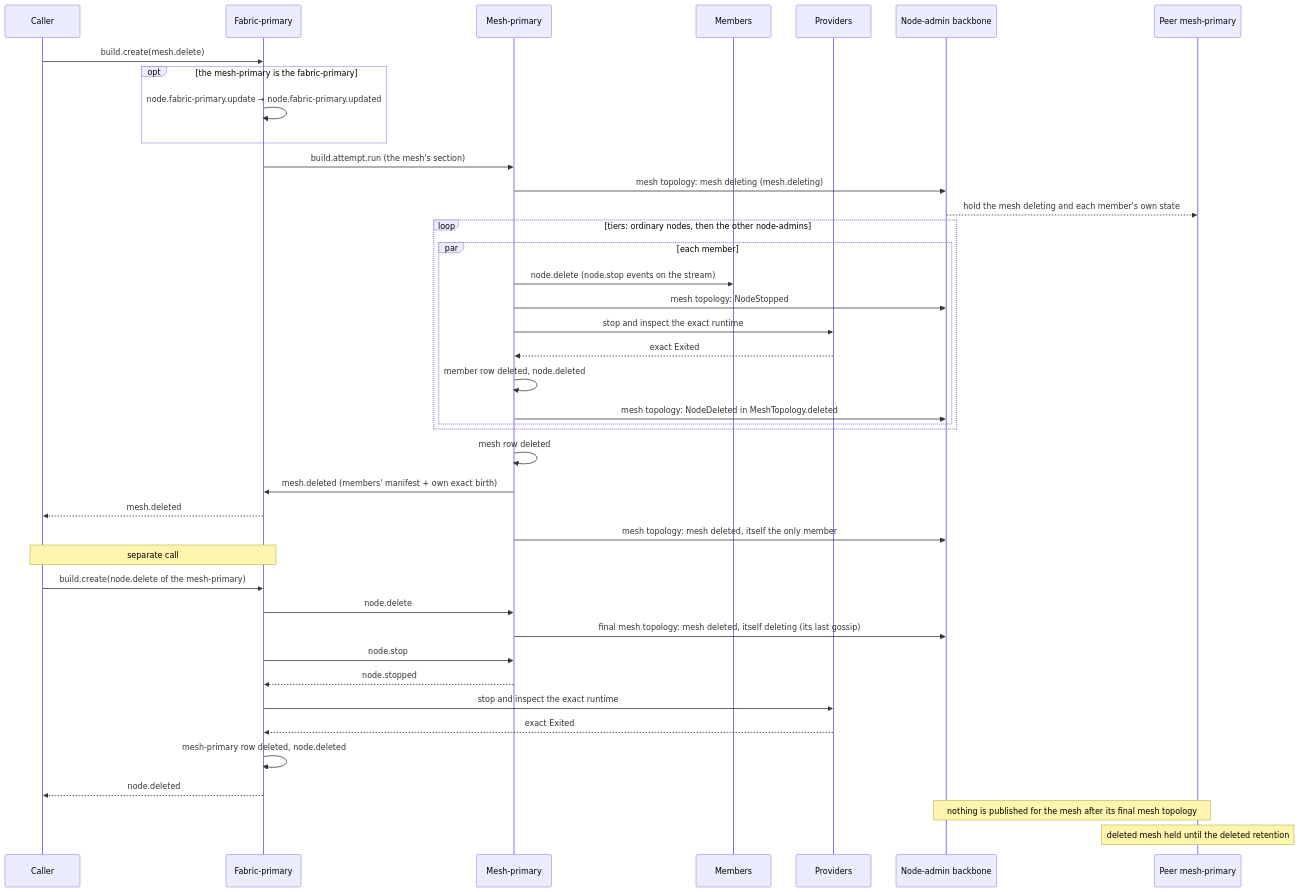
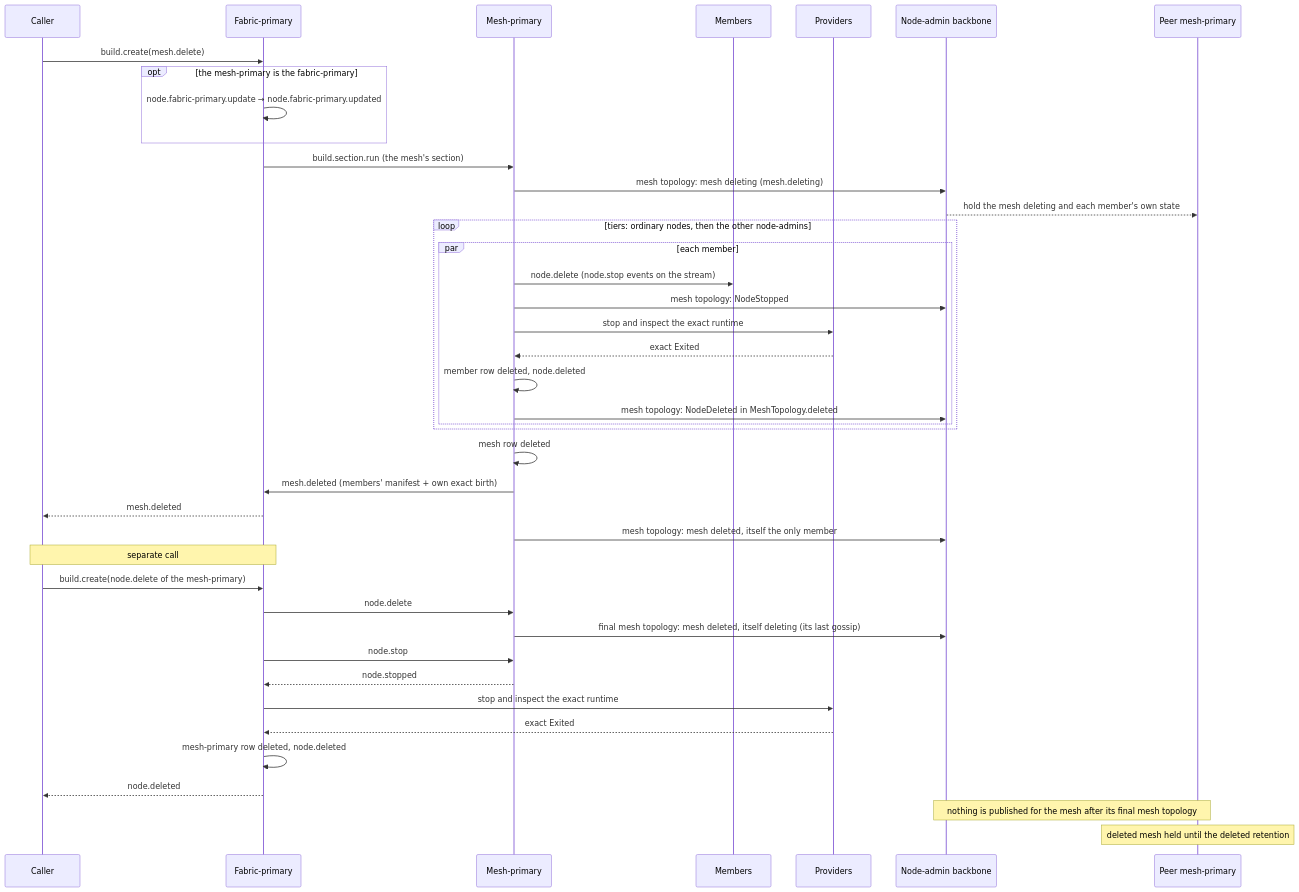
Before and after one commit to drlukeangel/rust-distributed-mesh: the diagram in docs/architecture/lifecycles/mesh-delete.md, drawn with Mermaid. The commit also changed other lines of this file and 111 other files, not shown here.

First line of the commit message:
refactor(rdm#323, Q354): the door types are named <Op>Service; build.attempt.run is build.section.run

````diff
--- a/docs/architecture/lifecycles/mesh-delete.md
+++ b/docs/architecture/lifecycles/mesh-delete.md
@@ -193,43 +193,43 @@
 ```mermaid
 sequenceDiagram
     participant C as Caller
     participant F as Fabric-primary
     participant M as Mesh-primary
     participant N as Members
     participant P as Providers
     participant B as Node-admin backbone
     participant R as Peer mesh-primary
     C->>F: build.create(mesh.delete)
     opt the mesh-primary is the fabric-primary
         F->>F: node.fabric-primary.update → node.fabric-primary.updated
     end
-    F->>M: build.attempt.run (the mesh's section)
+    F->>M: build.section.run (the mesh's section)
     M->>B: mesh topology: mesh deleting (mesh.deleting)
     B-->>R: hold the mesh deleting and each member's own state
     loop tiers: ordinary nodes, then the other node-admins
         par each member
             M->>N: node.delete (node.stop events on the stream)
             M->>B: mesh topology: NodeStopped
             M->>P: stop and inspect the exact runtime
             P-->>M: exact Exited
             M->>M: member row deleted, node.deleted
             M->>B: mesh topology: NodeDeleted in MeshTopology.deleted
         end
     end
     M->>M: mesh row deleted
     M->>F: mesh.deleted (members' manifest + own exact birth)
     F-->>C: mesh.deleted
     M->>B: mesh topology: mesh deleted, itself the only member
     Note over C,F: separate call
     C->>F: build.create(node.delete of the mesh-primary)
     F->>M: node.delete
     M->>B: final mesh topology: mesh deleted, itself deleting (its last gossip)
     F->>M: node.stop
     M-->>F: node.stopped
     F->>P: stop and inspect the exact runtime
     P-->>F: exact Exited
     F->>F: mesh-primary row deleted, node.deleted
     F-->>C: node.deleted
     Note over B,R: nothing is published for the mesh after its final mesh topology
     Note over R: deleted mesh held until the deleted retention
 ```
````
